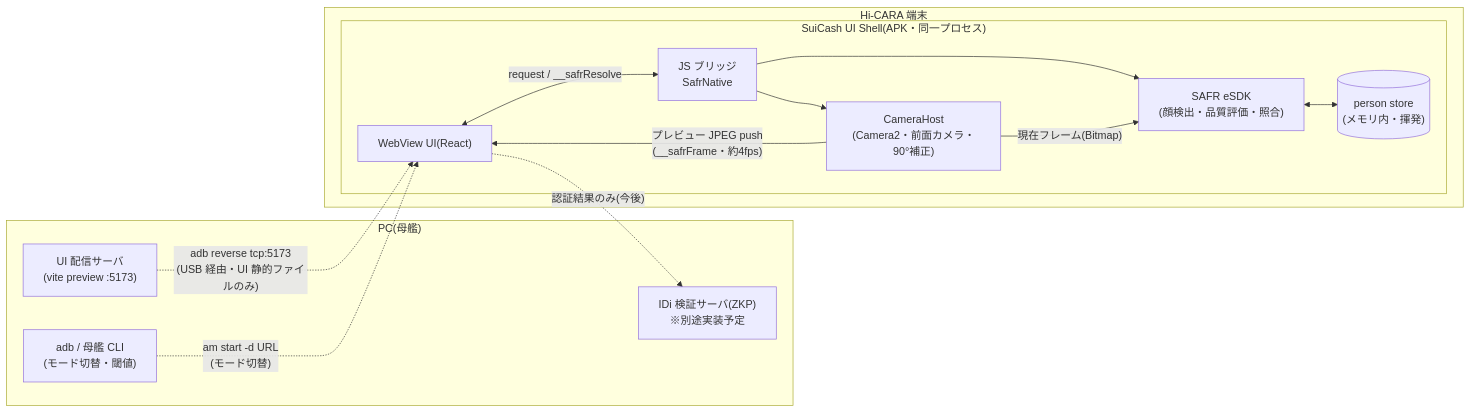
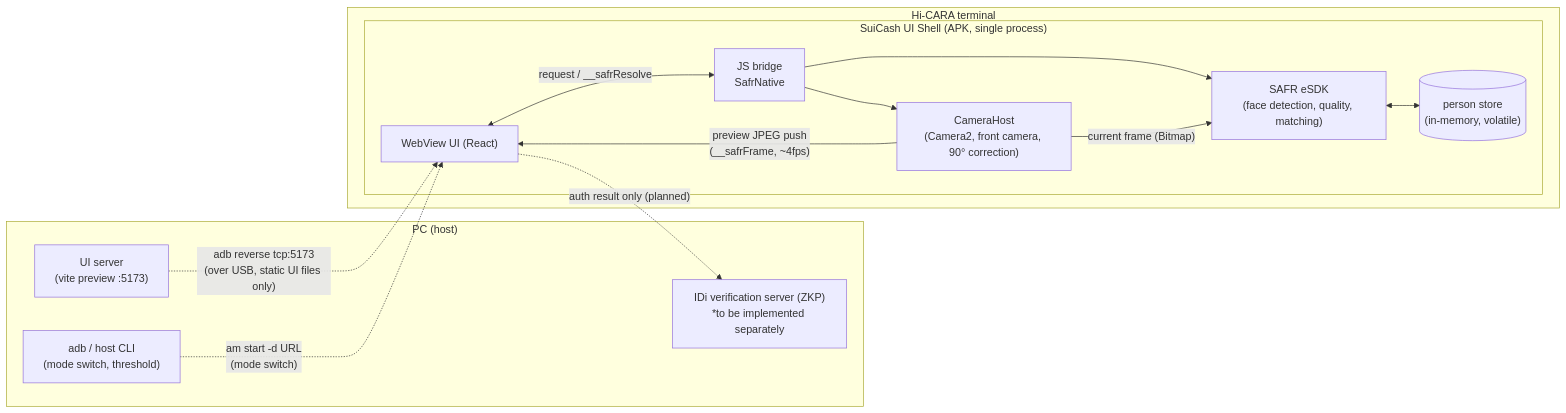
One commit to yuki-js/suicash changed the first of 2 diagrams in face-auth-ui/README.md. Above: the diagram before and after it, drawn with Mermaid. The commit also changed other lines of this file and 83 other files, not shown here.

````diff
--- a/face-auth-ui/README.md
+++ b/face-auth-ui/README.md
@@ -49,28 +50,28 @@
 ```mermaid
 flowchart LR
-    subgraph PC["PC(母艦)"]
-        vite["UI 配信サーバ<br/>(vite preview :5173)"]
-        cli["adb / 母艦 CLI<br/>(モード切替・閾値)"]
-        zksrv["IDi 検証サーバ(ZKP)<br/>※別途実装予定"]
+    subgraph PC["PC (host)"]
+        vite["UI server<br/>(vite preview :5173)"]
+        cli["adb / host CLI<br/>(mode switch, threshold)"]
+        zksrv["IDi verification server (ZKP)<br/>*to be implemented separately"]
     end
 
-    subgraph HICARA["Hi-CARA 端末"]
-        subgraph SHELL["SuiCash UI Shell(APK・同一プロセス)"]
-            web["WebView UI(React)"]
-            bridge["JS ブリッジ<br/>SafrNative"]
-            cam["CameraHost<br/>(Camera2・前面カメラ・90°補正)"]
-            engine["SAFR eSDK<br/>(顔検出・品質評価・照合)"]
-            store[("person store<br/>(メモリ内・揮発)")]
+    subgraph HICARA["Hi-CARA terminal"]
+        subgraph SHELL["SuiCash UI Shell (APK, single process)"]
+            web["WebView UI (React)"]
+            bridge["JS bridge<br/>SafrNative"]
+            cam["CameraHost<br/>(Camera2, front camera, 90° correction)"]
+            engine["SAFR eSDK<br/>(face detection, quality, matching)"]
+            store[("person store<br/>(in-memory, volatile)")]
         end
     end
 
-    vite -.->|"adb reverse tcp:5173<br/>(USB 経由・UI 静的ファイルのみ)"| web
-    cli -.->|"am start -d URL<br/>(モード切替)"| web
+    vite -.->|"adb reverse tcp:5173<br/>(over USB, static UI files only)"| web
+    cli -.->|"am start -d URL<br/>(mode switch)"| web
     web <-->|"request / __safrResolve"| bridge
     bridge --> cam
     bridge --> engine
-    cam -->|"プレビュー JPEG push<br/>(__safrFrame・約4fps)"| web
-    cam -->|"現在フレーム(Bitmap)"| engine
+    cam -->|"preview JPEG push<br/>(__safrFrame, ~4fps)"| web
+    cam -->|"current frame (Bitmap)"| engine
     engine <--> store
-    web -.->|"認証結果のみ(今後)"| zksrv
+    web -.->|"auth result only (planned)"| zksrv
 ```
````
